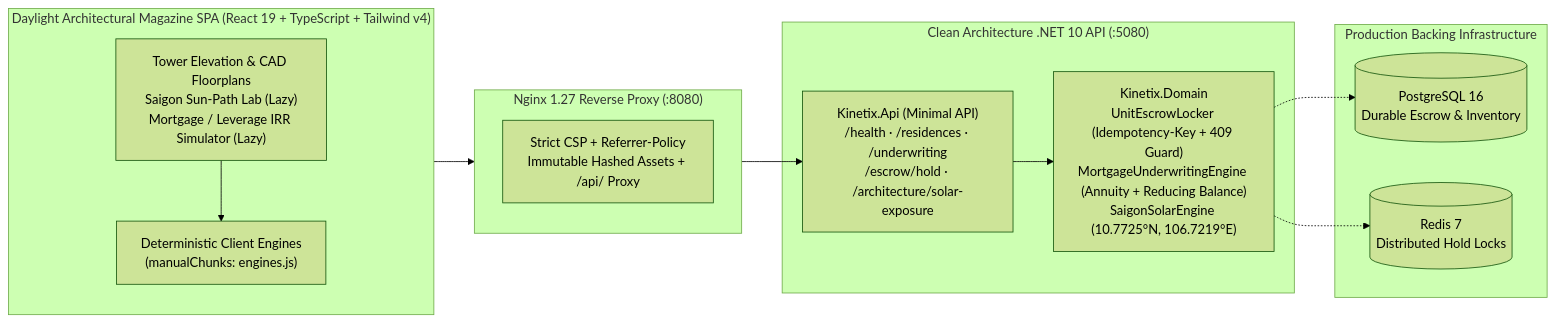
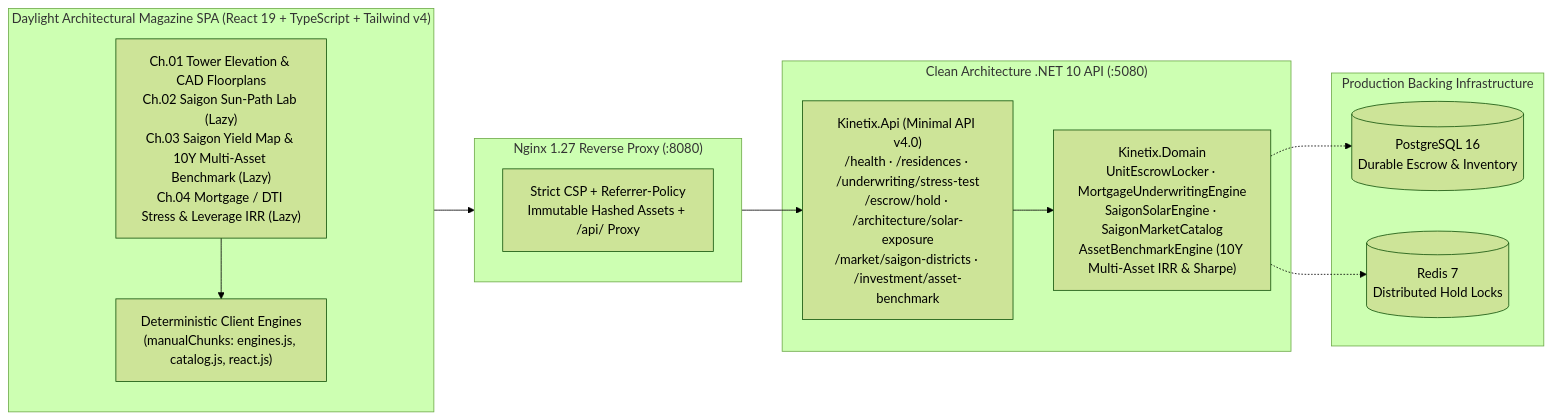
One commit to tvt987/kinetix-proptech changed the diagram in README.md. Above: the diagram before and after it, drawn with Mermaid (forest theme). The commit also changed other lines of this file and 18 other files, not shown here.

Commit message:
feat(v4.0): Saigon luxury corridor yield/Metro map, 10Y multi-asset benchmark & .NET 10 market APIs

````diff
--- a/README.md
+++ b/README.md
@@ -11,28 +11,28 @@
 ```mermaid
 flowchart LR
     subgraph Client["Daylight Architectural Magazine SPA (React 19 + TypeScript + Tailwind v4)"]
-        UI["Tower Elevation & CAD Floorplans<br/>Saigon Sun-Path Lab (Lazy)<br/>Mortgage / Leverage IRR Simulator (Lazy)"]
-        ENG["Deterministic Client Engines<br/>(manualChunks: engines.js)"]
+        UI["Ch.01 Tower Elevation & CAD Floorplans<br/>Ch.02 Saigon Sun-Path Lab (Lazy)<br/>Ch.03 Saigon Yield Map & 10Y Multi-Asset Benchmark (Lazy)<br/>Ch.04 Mortgage / DTI Stress & Leverage IRR (Lazy)"]
+        ENG["Deterministic Client Engines<br/>(manualChunks: engines.js, catalog.js, react.js)"]
         UI --> ENG
     end
 
     subgraph Edge["Nginx 1.27 Reverse Proxy (:8080)"]
         NGX["Strict CSP + Referrer-Policy<br/>Immutable Hashed Assets + /api/ Proxy"]
     end
 
     subgraph Backend["Clean Architecture .NET 10 API (:5080)"]
-        API["Kinetix.Api (Minimal API)<br/>/health · /residences · /underwriting<br/>/escrow/hold · /architecture/solar-exposure"]
-        DOM["Kinetix.Domain<br/>UnitEscrowLocker (Idempotency-Key + 409 Guard)<br/>MortgageUnderwritingEngine (Annuity + Reducing Balance)<br/>SaigonSolarEngine (10.7725°N, 106.7219°E)"]
+        API["Kinetix.Api (Minimal API v4.0)<br/>/health · /residences · /underwriting/stress-test<br/>/escrow/hold · /architecture/solar-exposure<br/>/market/saigon-districts · /investment/asset-benchmark"]
+        DOM["Kinetix.Domain<br/>UnitEscrowLocker · MortgageUnderwritingEngine<br/>SaigonSolarEngine · SaigonMarketCatalog<br/>AssetBenchmarkEngine (10Y Multi-Asset IRR & Sharpe)"]
         API --> DOM
     end
 
     subgraph Data["Production Backing Infrastructure"]
         PG[("PostgreSQL 16<br/>Durable Escrow & Inventory")]
         RD[("Redis 7<br/>Distributed Hold Locks")]
     end
 
     Client --> Edge
     Edge --> API
     DOM -.-> PG
     DOM -.-> RD
 ```
````
